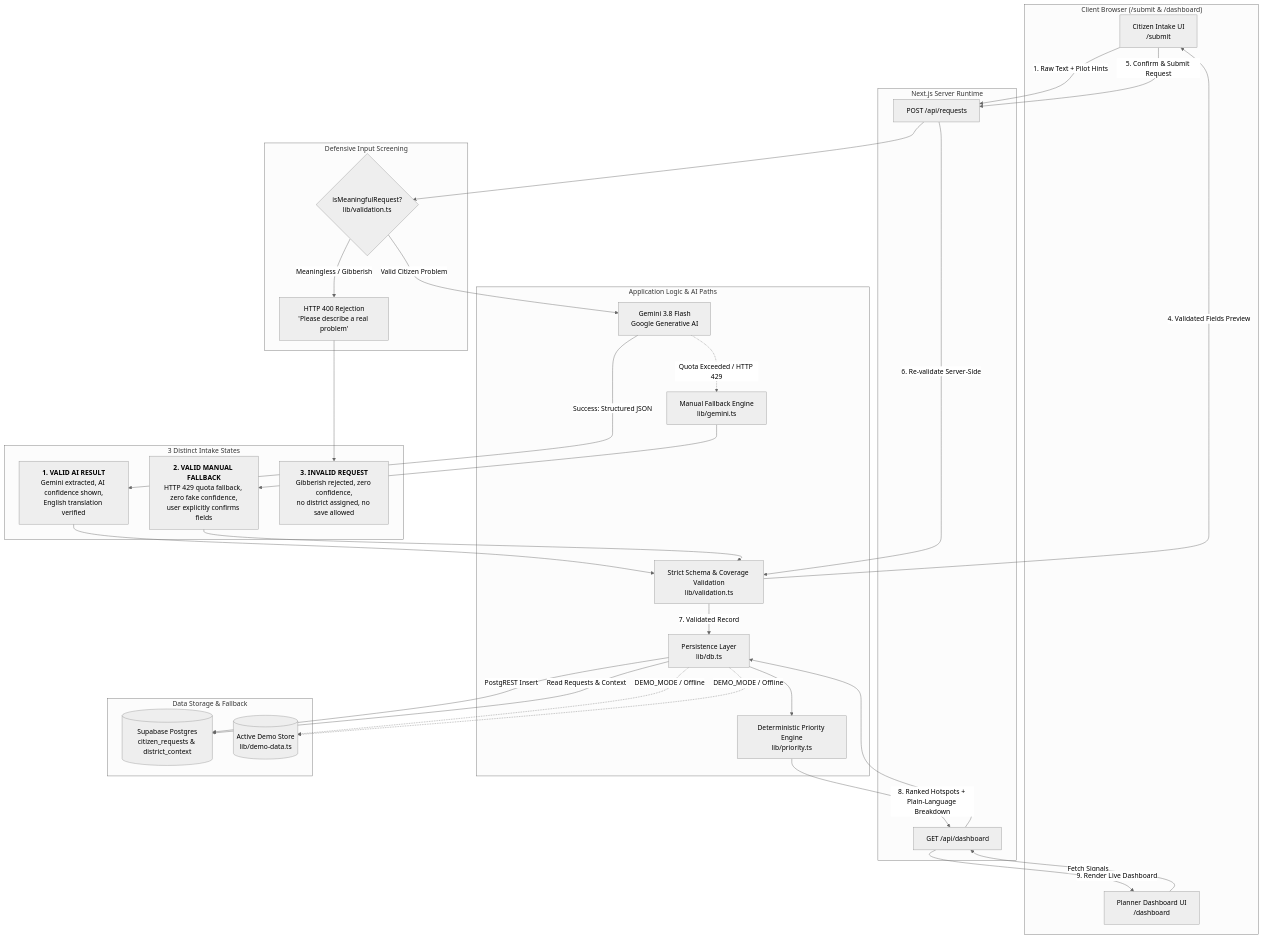
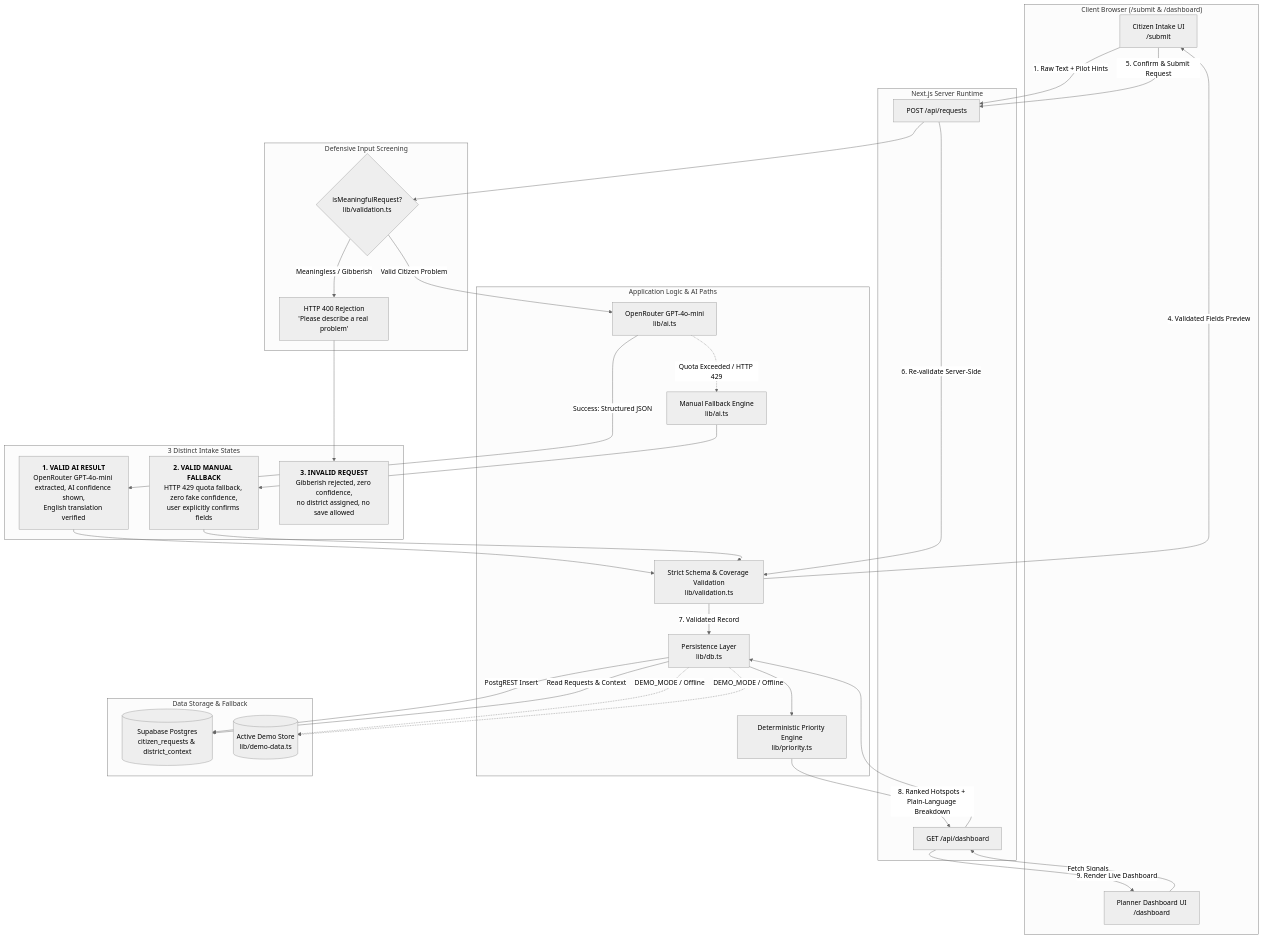
Before and after one commit to preethamsolanki28/jansanket: the diagram in docs/02_architecture.md, drawn with Mermaid (neutral theme). The commit also changed other lines of this file and 14 other files, not shown here.

First line of the commit message:
feat: migrate AI extraction provider to OpenRouter with GPT-4o-mini

````diff
--- a/docs/02_architecture.md
+++ b/docs/02_architecture.md
@@ -24,59 +24,59 @@
 ```mermaid
 flowchart TD
     subgraph Browser ["Client Browser (/submit & /dashboard)"]
         CITIZEN[Citizen Intake UI<br/>/submit]
         DASH[Planner Dashboard UI<br/>/dashboard]
     end
 
     subgraph ServerRoutes ["Next.js Server Runtime"]
         API_REQ[POST /api/requests]
         API_DASH[GET /api/dashboard]
     end
 
     subgraph InputScreening ["Defensive Input Screening"]
         SCREEN{isMeaningfulRequest?<br/>lib/validation.ts}
         REJECT[HTTP 400 Rejection<br/>'Please describe a real problem']
     end
 
     subgraph ProcessingCore ["Application Logic & AI Paths"]
-        GEMINI[Gemini 3.8 Flash<br/>Google Generative AI]
-        FALLBACK[Manual Fallback Engine<br/>lib/gemini.ts]
+        AI_ENGINE[OpenRouter GPT-4o-mini<br/>lib/ai.ts]
+        FALLBACK[Manual Fallback Engine<br/>lib/ai.ts]
         VAL[Strict Schema & Coverage Validation<br/>lib/validation.ts]
         DB_LAYER[Persistence Layer<br/>lib/db.ts]
         PRIORITY[Deterministic Priority Engine<br/>lib/priority.ts]
     end
 
     subgraph ThreeStates ["3 Distinct Intake States"]
-        S1["<b>1. VALID AI RESULT</b><br/>Gemini extracted, AI confidence shown,<br/>English translation verified"]
+        S1["<b>1. VALID AI RESULT</b><br/>OpenRouter GPT-4o-mini extracted, AI confidence shown,<br/>English translation verified"]
         S2["<b>2. VALID MANUAL FALLBACK</b><br/>HTTP 429 quota fallback, zero fake confidence,<br/>user explicitly confirms fields"]
         S3["<b>3. INVALID REQUEST</b><br/>Gibberish rejected, zero confidence,<br/>no district assigned, no save allowed"]
     end
 
     subgraph DataStorage ["Data Storage & Fallback"]
         SUPABASE[(Supabase Postgres<br/>citizen_requests & district_context)]
         DEMO_STORE[(Active Demo Store<br/>lib/demo-data.ts)]
     end
 
     CITIZEN -->|1. Raw Text + Pilot Hints| API_REQ
     API_REQ --> SCREEN
     SCREEN -->|Meaningless / Gibberish| REJECT --> S3
-    SCREEN -->|Valid Citizen Problem| GEMINI
+    SCREEN -->|Valid Citizen Problem| AI_ENGINE
 
-    GEMINI -->|Success: Structured JSON| S1 --> VAL
-    GEMINI -.->|Quota Exceeded / HTTP 429| FALLBACK --> S2 --> VAL
+    AI_ENGINE -->|Success: Structured JSON| S1 --> VAL
+    AI_ENGINE -.->|Quota Exceeded / HTTP 429| FALLBACK --> S2 --> VAL
     
     VAL -->|4. Validated Fields Preview| CITIZEN
     CITIZEN -->|5. Confirm & Submit Request| API_REQ
     API_REQ -->|6. Re-validate Server-Side| VAL
     VAL -->|7. Validated Record| DB_LAYER
     DB_LAYER -->|PostgREST Insert| SUPABASE
     DB_LAYER -.->|DEMO_MODE / Offline| DEMO_STORE
 
     DASH -->|Fetch Signals| API_DASH
     API_DASH --> DB_LAYER
     DB_LAYER -->|Read Requests & Context| SUPABASE
     DB_LAYER -.->|DEMO_MODE / Offline| DEMO_STORE
     DB_LAYER --> PRIORITY
     PRIORITY -->|8. Ranked Hotspots + Plain-Language Breakdown| API_DASH
     API_DASH -->|9. Render Live Dashboard| DASH
 ```
````
